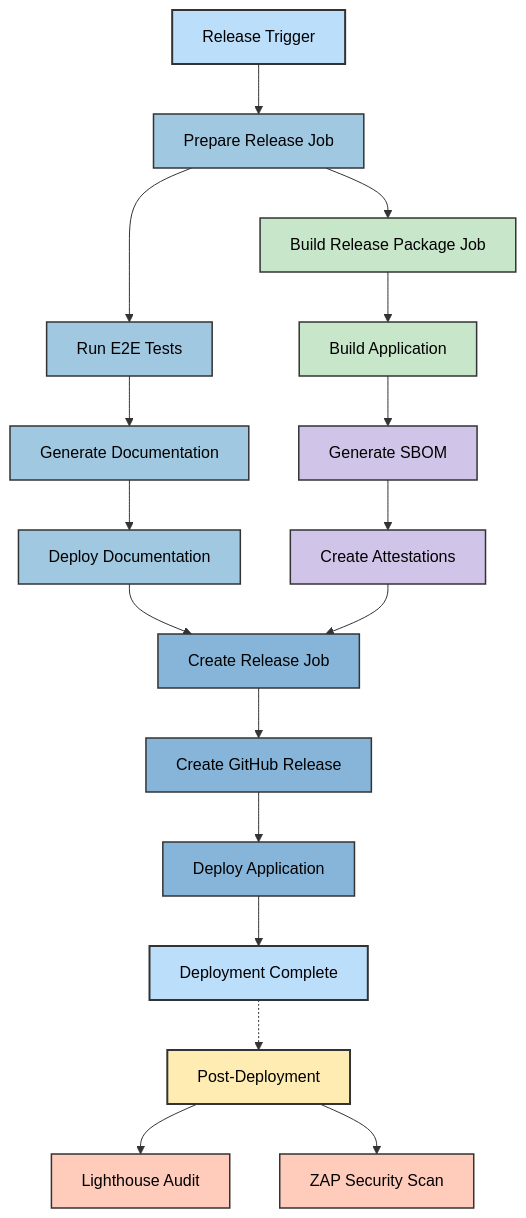
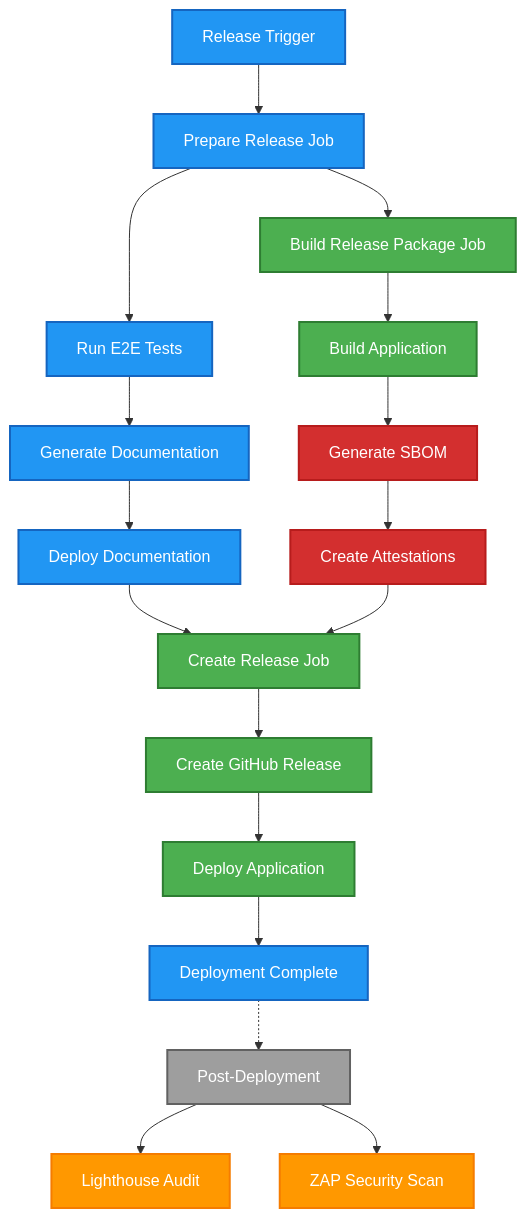
Before and after one commit to Hack23/cia-compliance-manager: the seventh of 13 diagrams in docs/architecture/WORKFLOWS.md, drawn with Mermaid. The commit also changed other lines of this file and 18 other files, not shown here.

First line of the commit message:
style: update all classDef colors to ISMS style guide palette and fix quadrant charts

````diff
--- a/docs/architecture/WORKFLOWS.md
+++ b/docs/architecture/WORKFLOWS.md
@@ -644,39 +644,39 @@
 ```mermaid
 flowchart TD
     Start[Release Trigger] --> Prepare[Prepare Release Job]
     Prepare --> PrepareTests[Run E2E Tests]
     PrepareTests --> PrepareDocs[Generate Documentation]
     PrepareDocs --> PrepareDeployDocs[Deploy Documentation]
     
     Prepare --> Build[Build Release Package Job]
     Build --> BuildApp[Build Application]
     BuildApp --> BuildSBOM[Generate SBOM]
     BuildSBOM --> BuildAttest[Create Attestations]
     
     PrepareDeployDocs --> Release[Create Release Job]
     BuildAttest --> Release
     Release --> CreateGHRelease[Create GitHub Release]
     CreateGHRelease --> DeployApp[Deploy Application]
     DeployApp --> End[Deployment Complete]
     
     End -.-> PostDeploy[Post-Deployment]
     PostDeploy --> Lighthouse[Lighthouse Audit]
     PostDeploy --> ZAPScan[ZAP Security Scan]
 
     %% Enhanced styling with better visual hierarchy
-    classDef startNode fill:#bbdefb,stroke:#333,stroke-width:2px,color:black
-    classDef prepareNode fill:#a0c8e0,stroke:#333,stroke-width:1.5px,color:black
-    classDef buildNode fill:#c8e6c9,stroke:#333,stroke-width:1.5px,color:black
-    classDef securityNode fill:#d1c4e9,stroke:#333,stroke-width:1.5px,color:black
-    classDef deployNode fill:#86b5d9,stroke:#333,stroke-width:1.5px,color:black
-    classDef endNode fill:#ffecb3,stroke:#333,stroke-width:2px,color:black
-    classDef auditNode fill:#ffccbc,stroke:#333,stroke-width:1.5px,color:black
+    classDef startNode fill:#2196F3,stroke:#1565C0,stroke-width:2px,color:#ffffff
+    classDef prepareNode fill:#2196F3,stroke:#1565C0,stroke-width:2px,color:#ffffff
+    classDef buildNode fill:#4CAF50,stroke:#2E7D32,stroke-width:2px,color:#ffffff
+    classDef securityNode fill:#D32F2F,stroke:#B71C1C,stroke-width:2px,color:#ffffff
+    classDef deployNode fill:#4CAF50,stroke:#2E7D32,stroke-width:2px,color:#ffffff
+    classDef endNode fill:#9E9E9E,stroke:#616161,stroke-width:2px,color:#ffffff
+    classDef auditNode fill:#FF9800,stroke:#F57C00,stroke-width:2px,color:#ffffff
 
     class Start,End startNode
     class Prepare,PrepareTests,PrepareDocs,PrepareDeployDocs prepareNode
     class Build,BuildApp buildNode
     class BuildSBOM,BuildAttest securityNode
     class Release,CreateGHRelease,DeployApp deployNode
     class PostDeploy endNode
     class Lighthouse,ZAPScan auditNode
 ```
````
